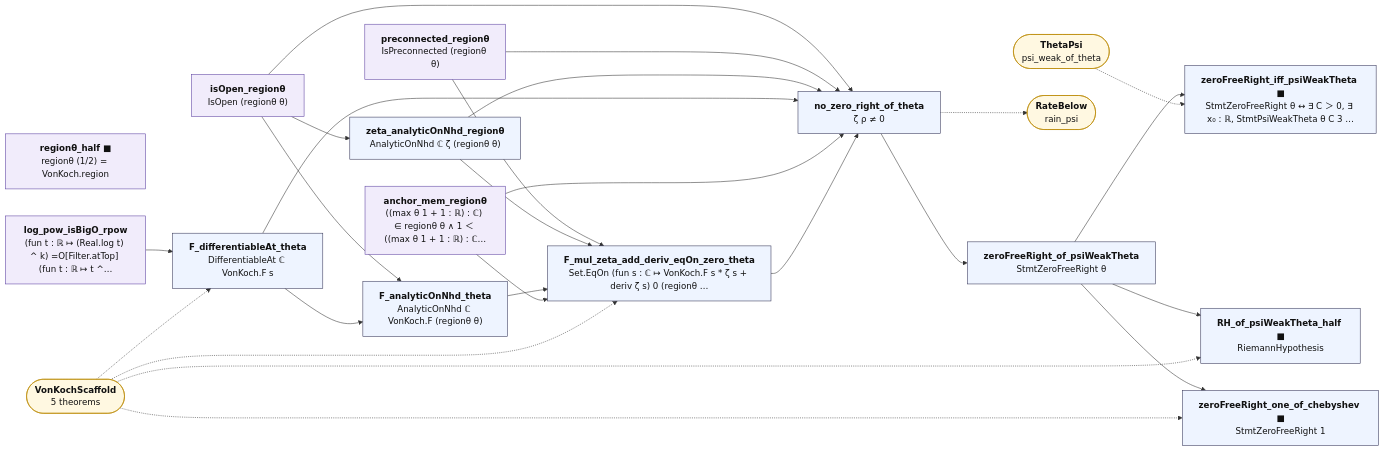
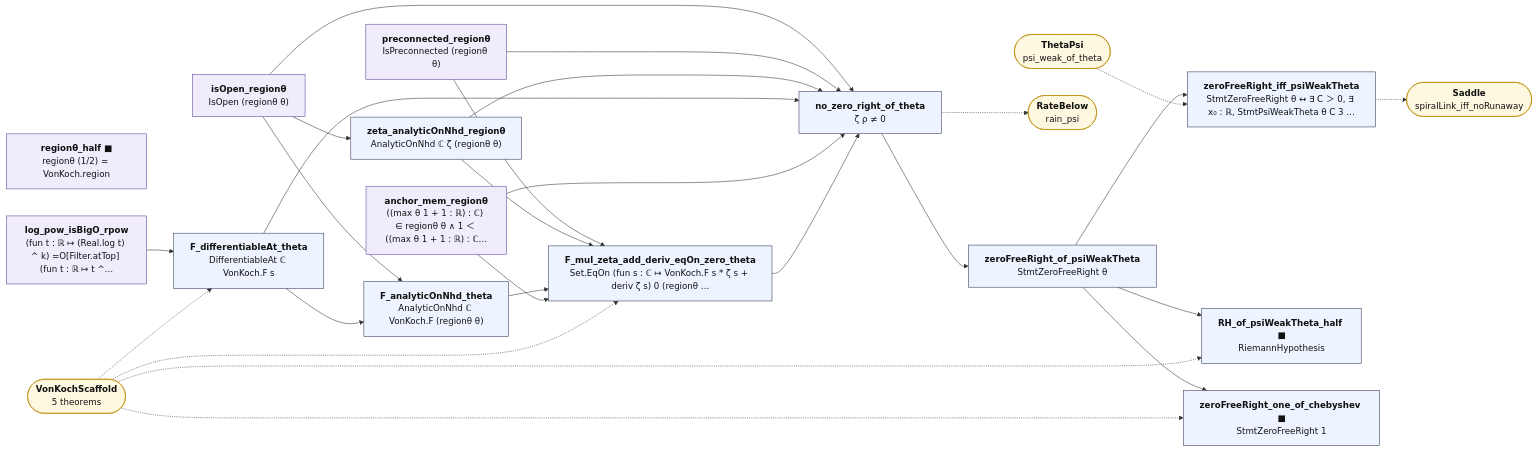
The diagram in map/lean_stage3/ThetaConverse.mmd (juliansambranojr/Primebeat_081426), drawn with Mermaid before and after one commit. The commit also changed 38 other files, not shown here.

First line of the commit message:
Block J7: stretch and fold; a zero off the line is a saddle and the staircase runs away (unit 0495)

```diff
--- a/map/lean_stage3/ThetaConverse.mmd
+++ b/map/lean_stage3/ThetaConverse.mmd
@@ -1,50 +1,52 @@
 flowchart LR
   n0["<b>regionθ_half ■</b><br/>regionθ (1/2) = VonKoch.region"]:::shp
   n1["<b>isOpen_regionθ</b><br/>IsOpen (regionθ θ)"]:::shp
   n2["<b>preconnected_regionθ</b><br/>IsPreconnected (regionθ θ)"]:::shp
   n3["<b>zeta_analyticOnNhd_regionθ</b><br/>AnalyticOnNhd ℂ ζ (regionθ θ)"]:::thm
   n4["<b>log_pow_isBigO_rpow</b><br/>(fun t : ℝ ↦ (Real.log t) ^ k) =O[Filter.atTop] (fun t : ℝ ↦ t ^…"]:::shp
   n5["<b>F_differentiableAt_theta</b><br/>DifferentiableAt ℂ VonKoch.F s"]:::thm
   n6["<b>F_analyticOnNhd_theta</b><br/>AnalyticOnNhd ℂ VonKoch.F (regionθ θ)"]:::thm
   n7["<b>anchor_mem_regionθ</b><br/>((max θ 1 + 1 : ℝ) : ℂ) ∈ regionθ θ ∧ 1 ＜ ((max θ 1 + 1 : ℝ) : ℂ…"]:::shp
   n8["<b>F_mul_zeta_add_deriv_eqOn_zero_theta</b><br/>Set.EqOn (fun s : ℂ ↦ VonKoch.F s * ζ s + deriv ζ s) 0 (regionθ …"]:::thm
   n9["<b>no_zero_right_of_theta</b><br/>ζ ρ ≠ 0"]:::thm
   n10["<b>zeroFreeRight_of_psiWeakTheta</b><br/>StmtZeroFreeRight θ"]:::thm
-  n11["<b>zeroFreeRight_iff_psiWeakTheta ■</b><br/>StmtZeroFreeRight θ ↔ ∃ C ＞ 0, ∃ x₀ : ℝ, StmtPsiWeakTheta θ C 3 …"]:::thm
+  n11["<b>zeroFreeRight_iff_psiWeakTheta</b><br/>StmtZeroFreeRight θ ↔ ∃ C ＞ 0, ∃ x₀ : ℝ, StmtPsiWeakTheta θ C 3 …"]:::thm
   n12["<b>RH_of_psiWeakTheta_half ■</b><br/>RiemannHypothesis"]:::thm
   n13["<b>zeroFreeRight_one_of_chebyshev ■</b><br/>StmtZeroFreeRight 1"]:::thm
   x0(["<b>VonKochScaffold</b><br/>5 theorems"]):::ext
   x1(["<b>RateBelow</b><br/>rain_psi"]):::ext
   x2(["<b>ThetaPsi</b><br/>psi_weak_of_theta"]):::ext
+  x3(["<b>Saddle</b><br/>spiralLink_iff_noRunaway"]):::ext
   n1 --> n3
   n1 --> n6
   n1 --> n9
   n10 --> n11
   n10 --> n12
   n10 --> n13
   n2 --> n8
   n2 --> n9
   n3 --> n8
   n3 --> n9
   n4 --> n5
   n5 --> n6
   n5 --> n9
   n6 --> n8
   n7 --> n8
   n7 --> n9
   n8 --> n9
   n9 --> n10
+  n11 -.-> x3
   n9 -.-> x1
   x0 -.-> n12
   x0 -.-> n13
   x0 -.-> n5
   x0 -.-> n8
   x2 -.-> n11
   classDef cnt fill:#dff5ec,stroke:#17694a,color:#111
   classDef shp fill:#f1ecfb,stroke:#5b3fa0,color:#111
   classDef rh fill:#ffe5e5,stroke:#c22,color:#111,stroke-width:2px
   classDef thm fill:#eef4ff,stroke:#335,color:#111
   classDef end_ fill:#e7f7e7,stroke:#2a7,color:#111,stroke-width:2px
   classDef lone fill:#fff,stroke:#999,color:#111,stroke-dasharray:4 3
   classDef bad fill:#ffe5e5,stroke:#c22,color:#111,stroke-width:2px
   classDef ext fill:#fff8e1,stroke:#b80,color:#111
```
